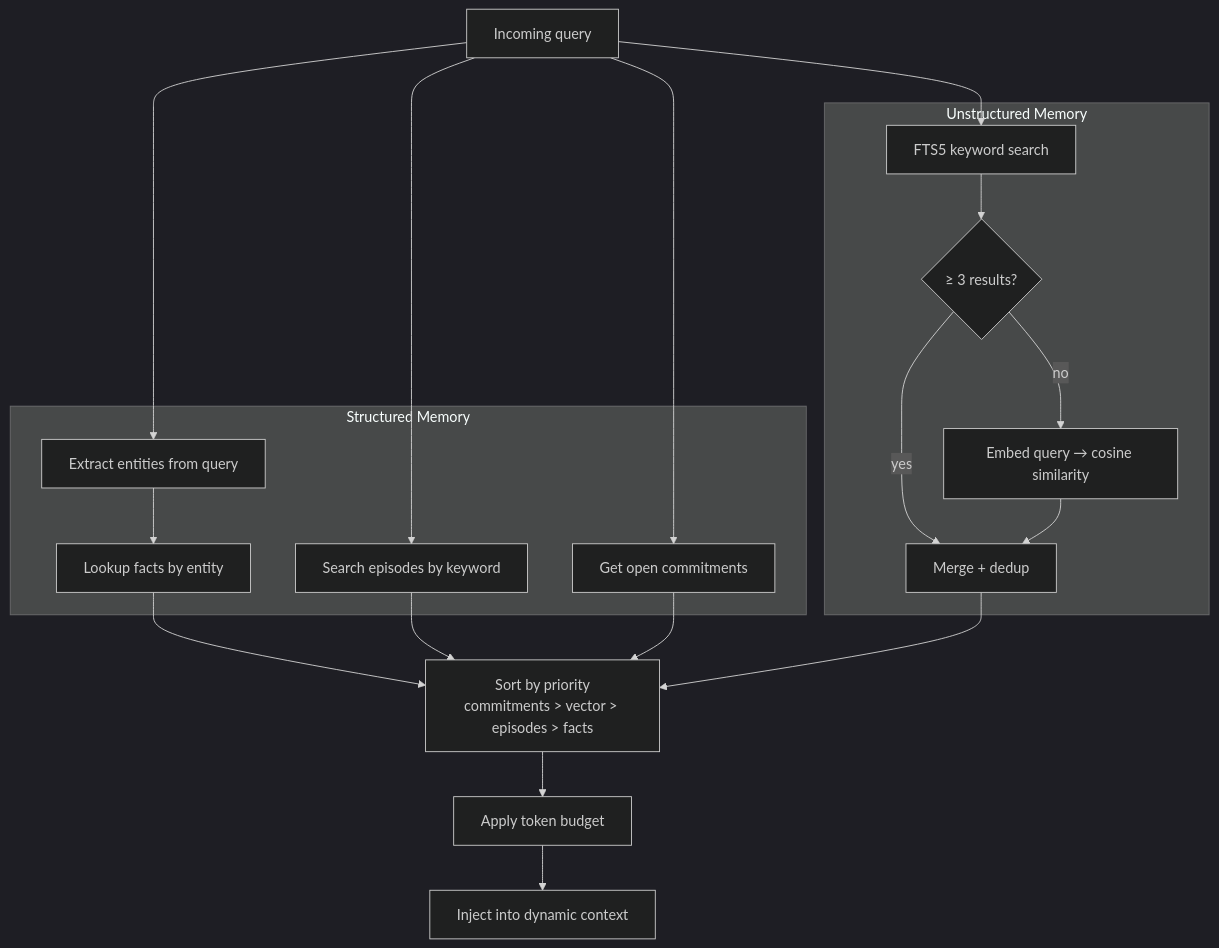
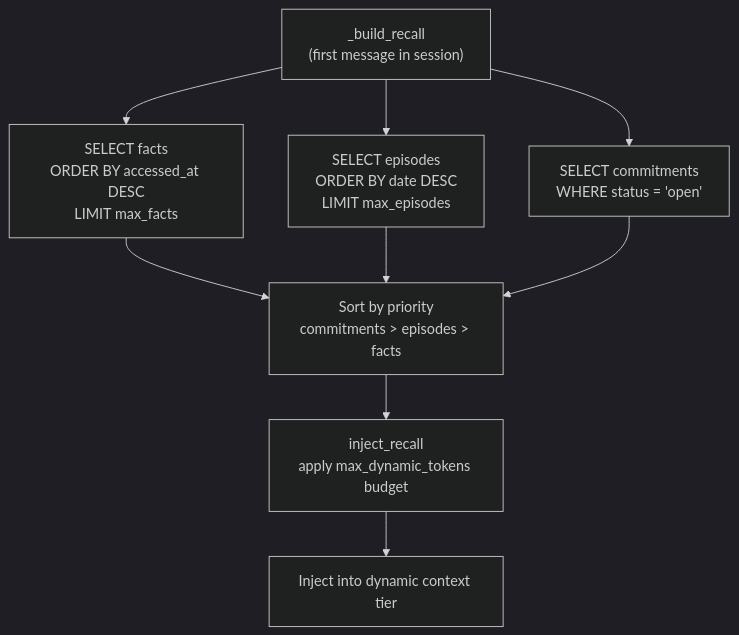
Before and after one commit to nicolasforstinger/lucyd: the fourth of 10 diagrams in docs/diagrams.md, drawn with Mermaid (dark theme). The commit also changed other lines of this file and 1 other file, not shown here.

First line of the commit message:
Rewrite diagrams.md and operations.md from code

````diff
--- a/docs/diagrams.md
+++ b/docs/diagrams.md
@@ -146,35 +152,20 @@
 ```mermaid
 flowchart TD
-    QUERY["Incoming query"]
+    START["_build_recall<br/>(first message in session)"]
 
-    subgraph Structured["Structured Memory"]
-        ENTITIES["Extract entities from query"]
-        FACTS["Lookup facts by entity"]
-        EPISODES["Search episodes by keyword"]
-        COMMITMENTS["Get open commitments"]
-    end
+    FACTS["SELECT facts<br/>ORDER BY accessed_at DESC<br/>LIMIT max_facts"]
+    EPISODES["SELECT episodes<br/>ORDER BY date DESC<br/>LIMIT max_episodes"]
+    COMMITS["SELECT commitments<br/>WHERE status = 'open'"]
 
-    subgraph Unstructured["Unstructured Memory"]
-        FTS["FTS5 keyword search"]
-        FTS_CHECK{"≥ 3 results?"}
-        VECTOR["Embed query → cosine similarity"]
-        MERGE["Merge + dedup"]
-    end
+    PRIORITY["Sort by priority<br/>commitments > episodes > facts"]
+    BUDGET["inject_recall<br/>apply max_dynamic_tokens budget"]
+    OUTPUT["Inject into dynamic context tier"]
 
-    PRIORITY["Sort by priority<br/>commitments > vector > episodes > facts"]
-    BUDGET["Apply token budget"]
-    OUTPUT["Inject into dynamic context"]
-
-    QUERY --> ENTITIES --> FACTS
-    QUERY --> EPISODES
-    QUERY --> COMMITMENTS
-    QUERY --> FTS --> FTS_CHECK
-    FTS_CHECK -->|yes| MERGE
-    FTS_CHECK -->|no| VECTOR --> MERGE
-
+    START --> FACTS
+    START --> EPISODES
+    START --> COMMITS
     FACTS --> PRIORITY
     EPISODES --> PRIORITY
-    COMMITMENTS --> PRIORITY
-    MERGE --> PRIORITY
+    COMMITS --> PRIORITY
     PRIORITY --> BUDGET --> OUTPUT
 ```
````
